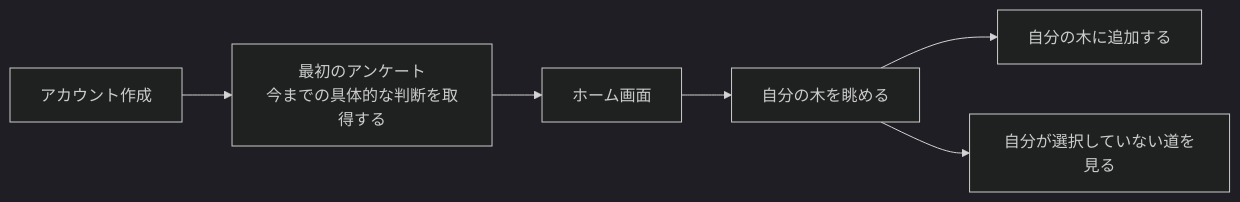
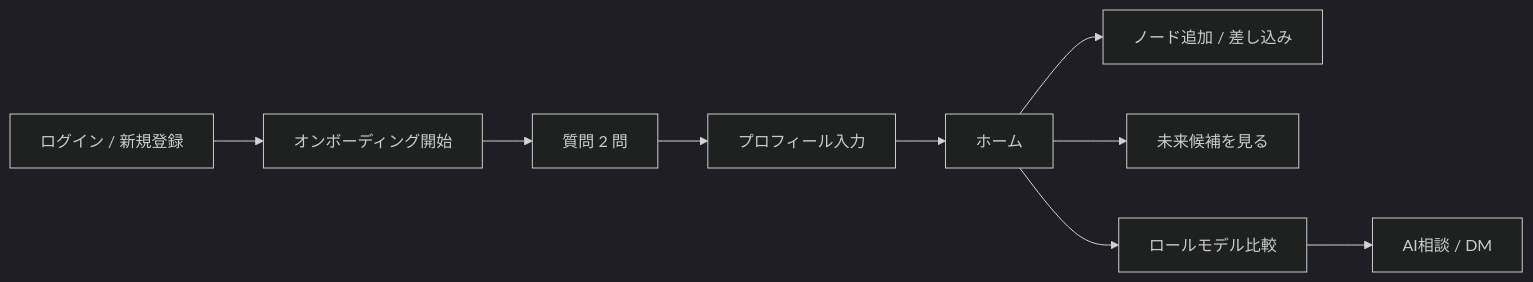
One commit to Asheze1127/hackathon-2026-in-apu changed the first of 9 diagrams in docs/details/process-flow.md. Above: the diagram before and after it, drawn with Mermaid (dark theme). The commit also changed other lines of this file and 8 other files, not shown here.

````diff
--- a/docs/details/process-flow.md
+++ b/docs/details/process-flow.md
@@ -17,8 +19,21 @@
 ```mermaid
 flowchart LR
-    A[アカウント作成] --> B[最初のアンケート\n今までの具体的な判断を取得する]
-    B --> C[ホーム画面]
-    C --> D[自分の木を眺める]
-    D --> E[自分の木に追加する]
-    D --> F[自分が選択していない道を見る]
+    A[ログイン / 新規登録]
+    B[オンボーディング開始]
+    C[質問 2 問]
+    D[プロフィール入力]
+    E[ホーム]
+    F[ノード追加 / 差し込み]
+    G[未来候補を見る]
+    H[ロールモデル比較]
+    I[AI相談 / DM]
+
+    A --> B
+    B --> C
+    C --> D
+    D --> E
+    E --> F
+    E --> G
+    E --> H
+    H --> I
 ```
````
